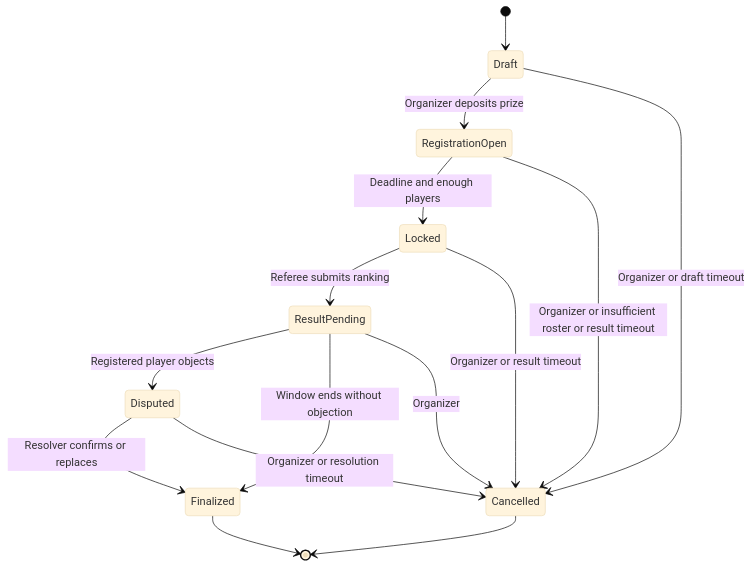
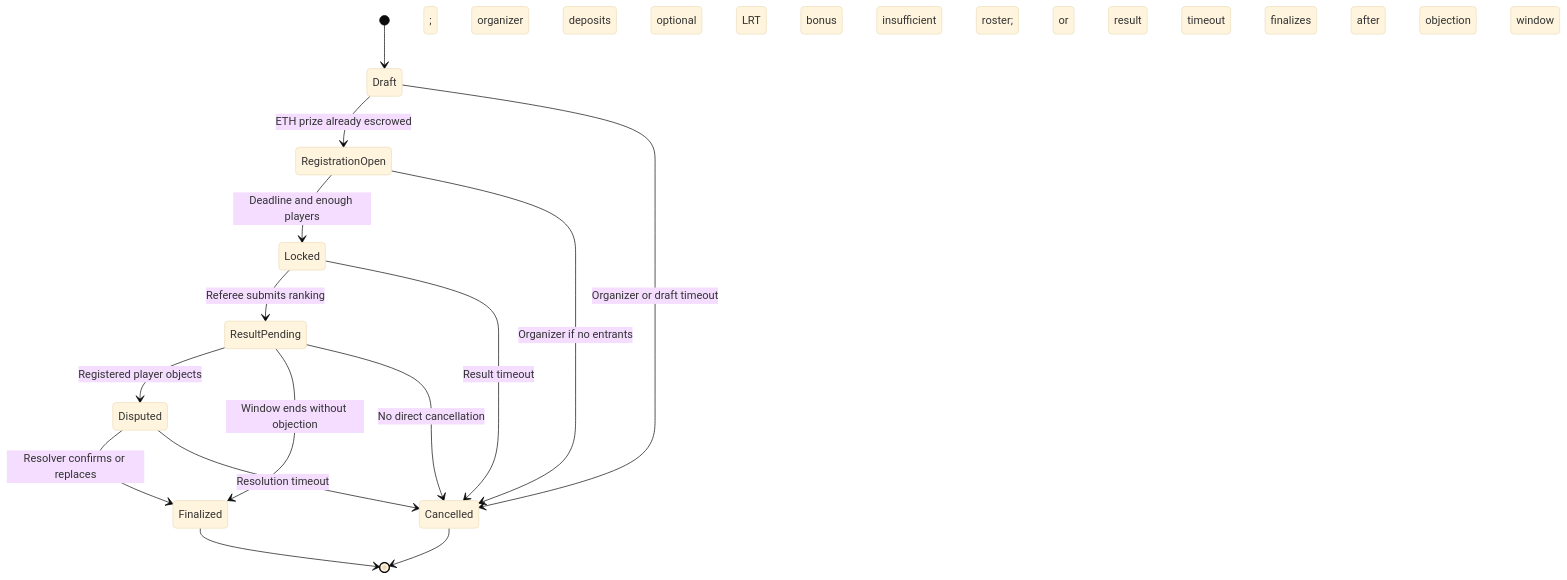
One commit to Shana-Zhang/TournamentVault changed the second of 2 diagrams in docs/architecture.md. Above: the diagram before and after it, drawn with Mermaid (base theme). The commit also changed other lines of this file and 52 other files, not shown here.

Commit message:
Add ETH-prize V3 and reproducible project updates

````diff
--- a/docs/architecture.md
+++ b/docs/architecture.md
@@ -21,17 +21,17 @@
 ```mermaid
 stateDiagram-v2
   [*] --> Draft
-  Draft --> RegistrationOpen: Organizer deposits prize
+  Draft --> RegistrationOpen: ETH prize already escrowed; organizer deposits optional LRT bonus
   RegistrationOpen --> Locked: Deadline and enough players
   Locked --> ResultPending: Referee submits ranking
   ResultPending --> Disputed: Registered player objects
   ResultPending --> Finalized: Window ends without objection
   Disputed --> Finalized: Resolver confirms or replaces
   Draft --> Cancelled: Organizer or draft timeout
-  RegistrationOpen --> Cancelled: Organizer or insufficient roster or result timeout
-  Locked --> Cancelled: Organizer or result timeout
-  ResultPending --> Cancelled: Organizer
-  Disputed --> Cancelled: Organizer or resolution timeout
+  RegistrationOpen --> Cancelled: Organizer if no entrants; insufficient roster; or result timeout
+  Locked --> Cancelled: Result timeout
+  ResultPending --> Cancelled: No direct cancellation; result finalizes after objection window
+  Disputed --> Cancelled: Resolution timeout
   Finalized --> [*]
   Cancelled --> [*]
 ```
````
